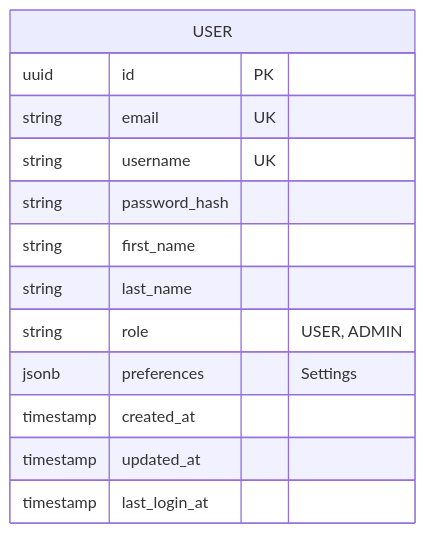
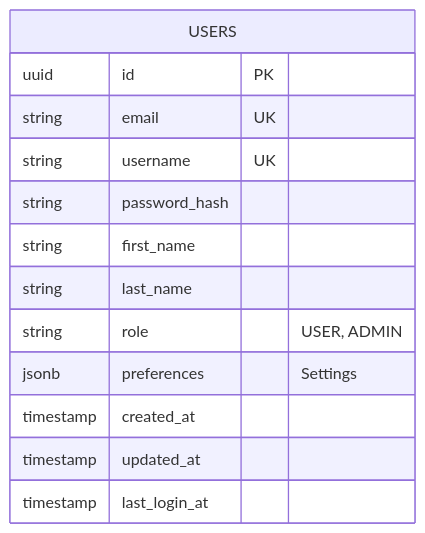
Before and after one commit to garcios/portfolio-insights: the second of 2 diagrams in services/user-service/SYSTEM_DESIGN.md, drawn with Mermaid. The commit also changed other lines of this file and 3 other files, not shown here.

Commit message:
refactor: Update database schemas and external API provider in system design documents.

````diff
--- a/services/user-service/SYSTEM_DESIGN.md
+++ b/services/user-service/SYSTEM_DESIGN.md
@@ -62,16 +62,16 @@
 ```mermaid
 erDiagram
-    USER {
+    USERS {
         uuid id PK
         string email UK
         string username UK
         string password_hash
         string first_name
         string last_name
         string role "USER, ADMIN"
         jsonb preferences "Settings"
         timestamp created_at
         timestamp updated_at
         timestamp last_login_at
     }
 ```
````
